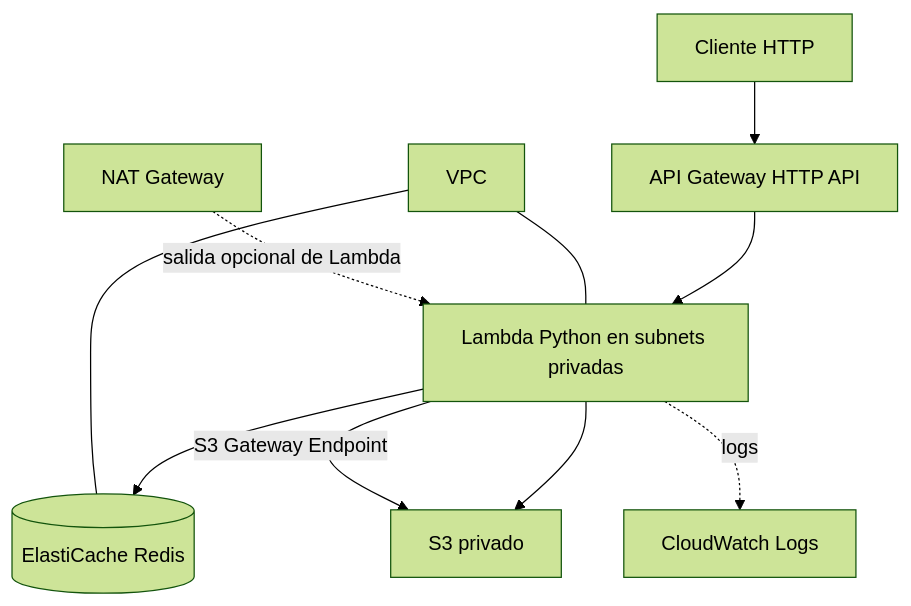
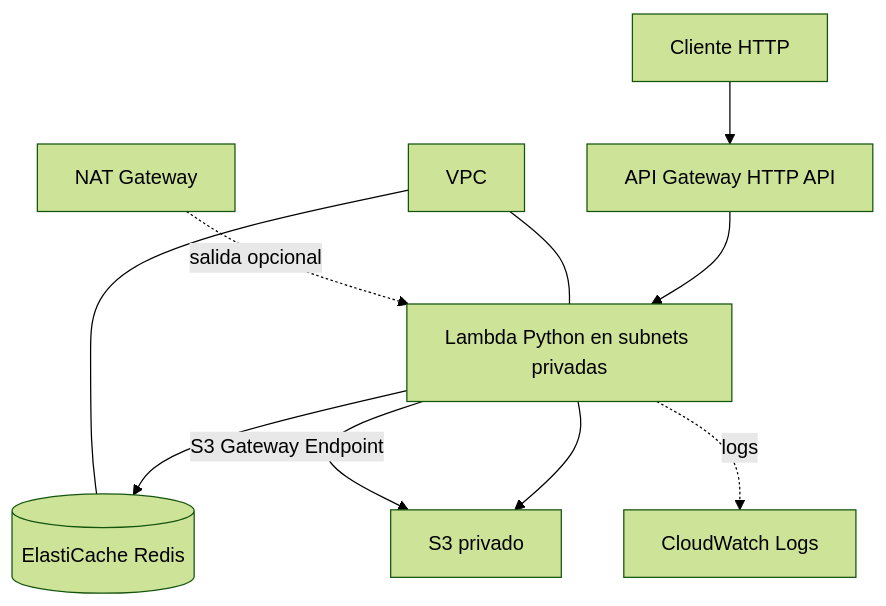
The diagram in README.md (giurivera1906-dotcom/sre-data-processor), drawn with Mermaid (forest theme) before and after one commit. The commit also changed other lines of this file, not shown here.

````diff
--- a/README.md
+++ b/README.md
@@ -9,12 +9,12 @@
 ```mermaid
 flowchart TD
   C[Cliente HTTP] --> A[API Gateway HTTP API]
   A --> L[Lambda Python en subnets privadas]
   L --> R[(ElastiCache Redis)]
   L --> S[S3 privado]
   L -. logs .-> CW[CloudWatch Logs]
   V[VPC] --- L
   V --- R
   L -->|S3 Gateway Endpoint| S
-  N[NAT Gateway] -. salida opcional de Lambda .-> L
+  N[NAT Gateway] -. salida opcional .-> L
 ```
````
